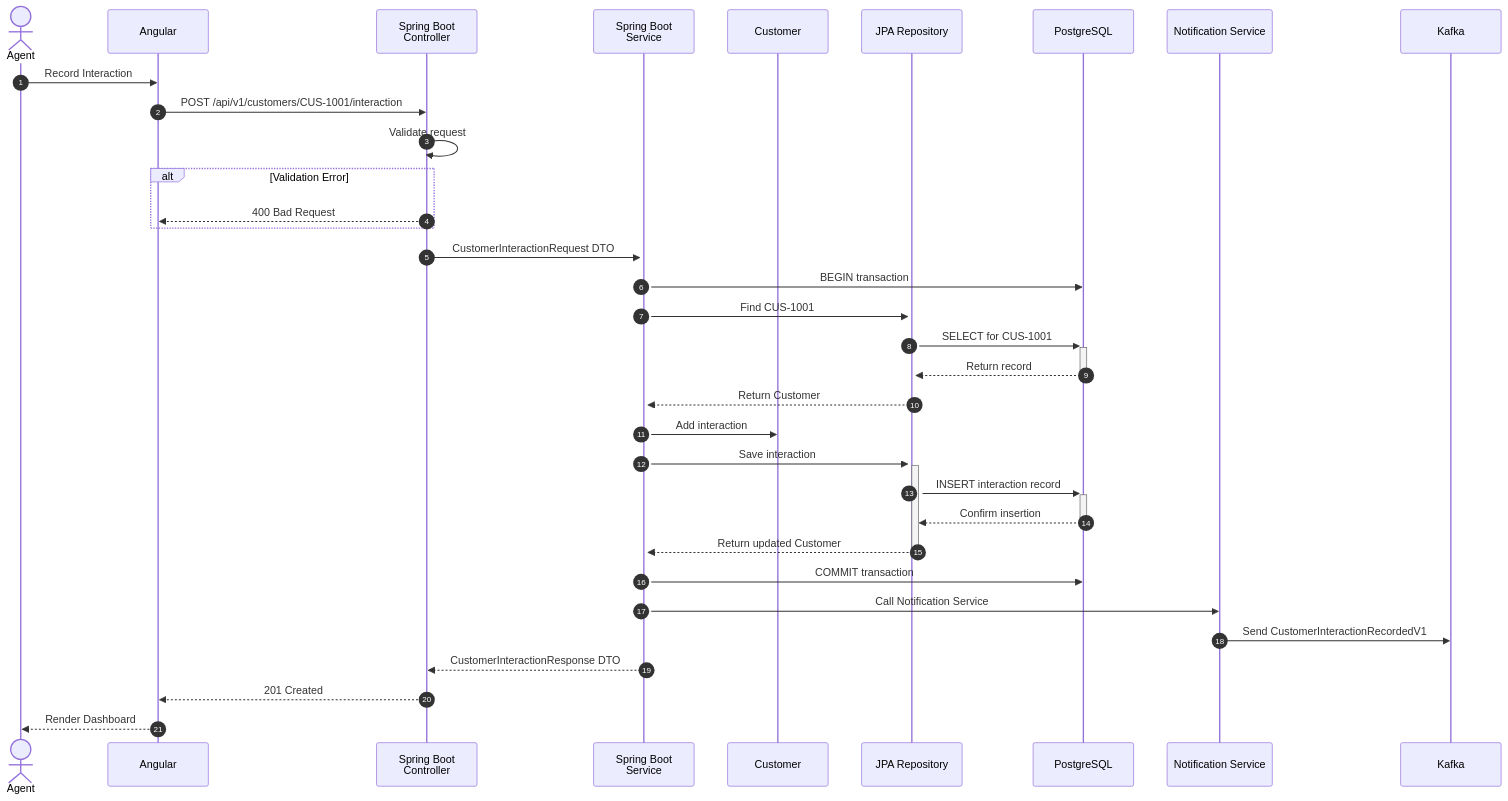
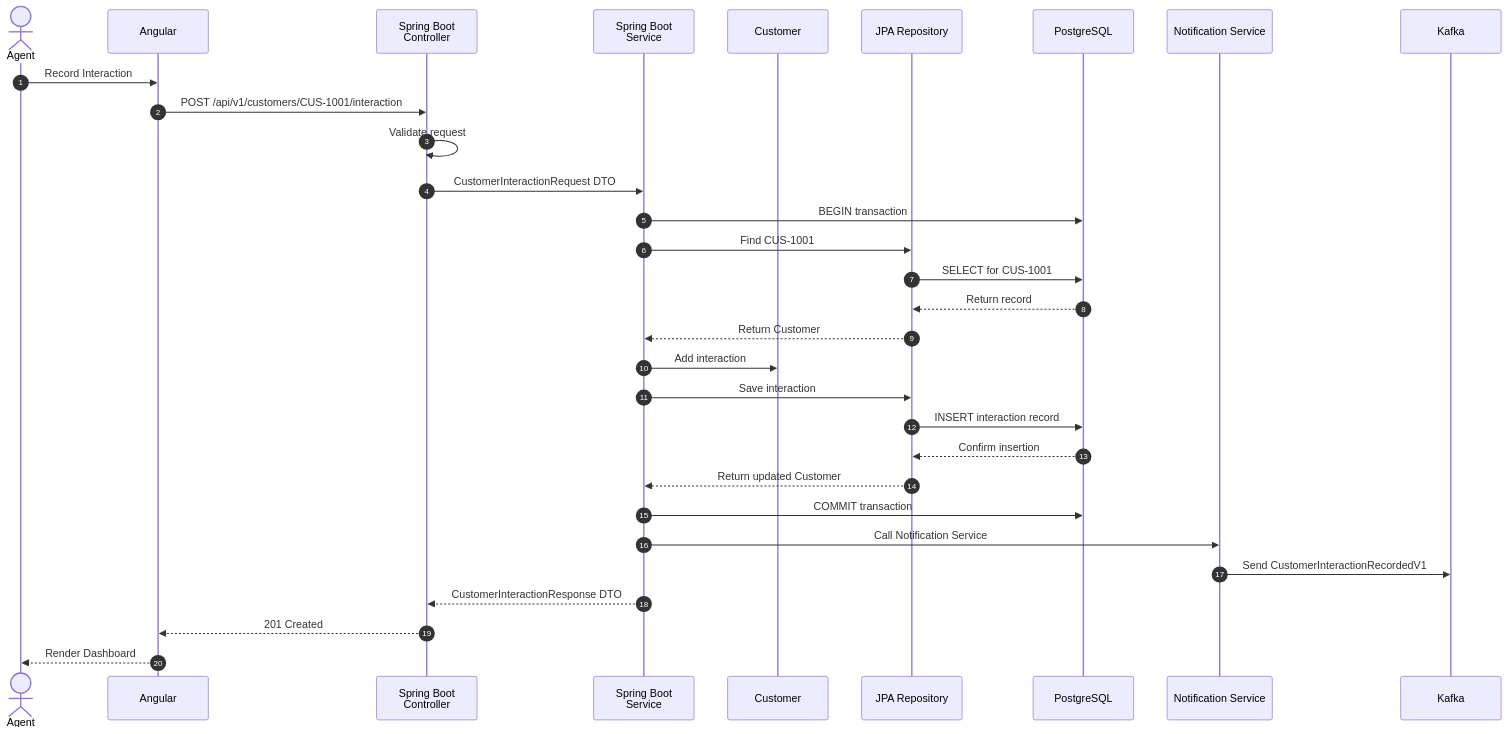
The first of 6 diagrams in docs/architecture/application-diagrams.md (ezeKemm/2026-bootcamp-capstone), drawn with Mermaid before and after one commit. The commit also changed other lines of this file, not shown here.

Commit message:
docs: removed error path from happy path api flow diagram

````diff
--- a/docs/architecture/application-diagrams.md
+++ b/docs/architecture/application-diagrams.md
@@ -6,37 +6,34 @@
 ```mermaid
 sequenceDiagram
     actor User as Agent
     participant Client as Angular
     participant Controller as Spring Boot<br/>Controller
     participant Service as Spring Boot<br/>Service
     participant Domain as Customer
     participant Repo as JPA Repository
     participant DB as PostgreSQL
     participant Notif as Notification Service
     participant Kafka
     autonumber
 
     User->>Client: Record Interaction
     Client->>Controller: POST /api/v1/customers/CUS-1001/interaction
     Controller->>Controller: Validate request
-    alt Validation Error
-      Controller -->> Client: 400 Bad Request
-    end
-    Controller->>+Service: CustomerInteractionRequest DTO
+    Controller->>Service: CustomerInteractionRequest DTO
     Service->>DB: BEGIN transaction
-    Service->>+Repo: Find CUS-1001
-    Repo->>+DB: SELECT for CUS-1001
-    DB-->>-Repo: Return record
+    Service->>Repo: Find CUS-1001
+    Repo->>DB: SELECT for CUS-1001
+    DB-->>Repo: Return record
     Repo-->>Service: Return Customer
     Service->>Domain: Add interaction
-    Service->>+Repo: Save interaction
-    Repo->>+DB: INSERT interaction record
-    DB-->>-Repo: Confirm insertion
-    Repo-->>-Service: Return updated Customer
+    Service->>Repo: Save interaction
+    Repo->>DB: INSERT interaction record
+    DB-->>Repo: Confirm insertion
+    Repo-->>Service: Return updated Customer
     Service->>DB: COMMIT transaction
     Service->>Notif: Call Notification Service
     Notif->>Kafka: Send CustomerInteractionRecordedV1
     Service-->>Controller: CustomerInteractionResponse DTO
     Controller-->>Client: 201 Created
     Client-->>User: Render Dashboard
 ```
````
